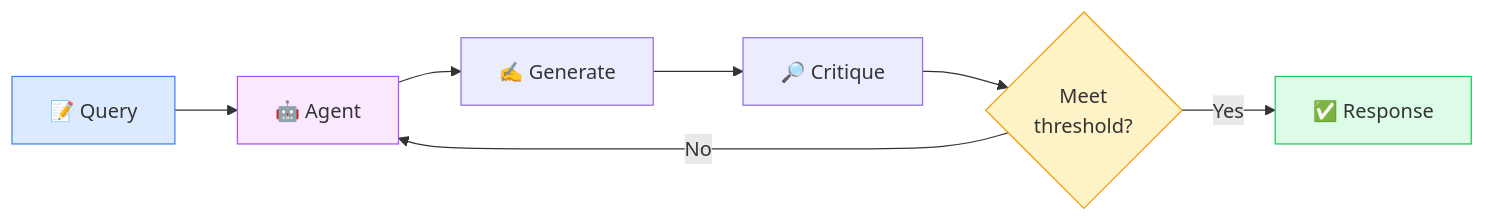
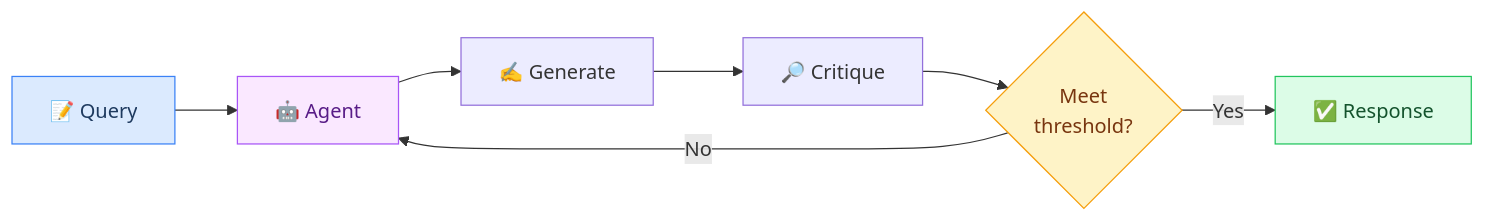
Diagram 16 of 18 in docs/TECHNOLOGY-SELECTION-GUIDE.md (asq-sheriff/AI-Production-Checklist), drawn with Mermaid before and after one commit. The commit also changed other lines of this file and 8 other files, not shown here.

First line of the commit message:
Fix text contrast in all Mermaid diagrams

````diff
--- a/docs/TECHNOLOGY-SELECTION-GUIDE.md
+++ b/docs/TECHNOLOGY-SELECTION-GUIDE.md
@@ -641,15 +641,15 @@
 ```mermaid
 flowchart LR
     Query[📝 Query] --> Agent[🤖 Agent]
     Agent --> Generate[✍️ Generate]
     Generate --> Critique[🔎 Critique]
     Critique --> Threshold{Meet<br/>threshold?}
 
     Threshold -->|No| Agent
     Threshold -->|Yes| Response[✅ Response]
 
-    style Query fill:#dbeafe,stroke:#3b82f6
-    style Agent fill:#fae8ff,stroke:#a855f7
-    style Threshold fill:#fef3c7,stroke:#f59e0b
-    style Response fill:#dcfce7,stroke:#22c55e
+    style Query fill:#dbeafe,stroke:#3b82f6,color:#1e3a5f
+    style Agent fill:#fae8ff,stroke:#a855f7,color:#581c87
+    style Threshold fill:#fef3c7,stroke:#f59e0b,color:#78350f
+    style Response fill:#dcfce7,stroke:#22c55e,color:#14532d
 ```
````
